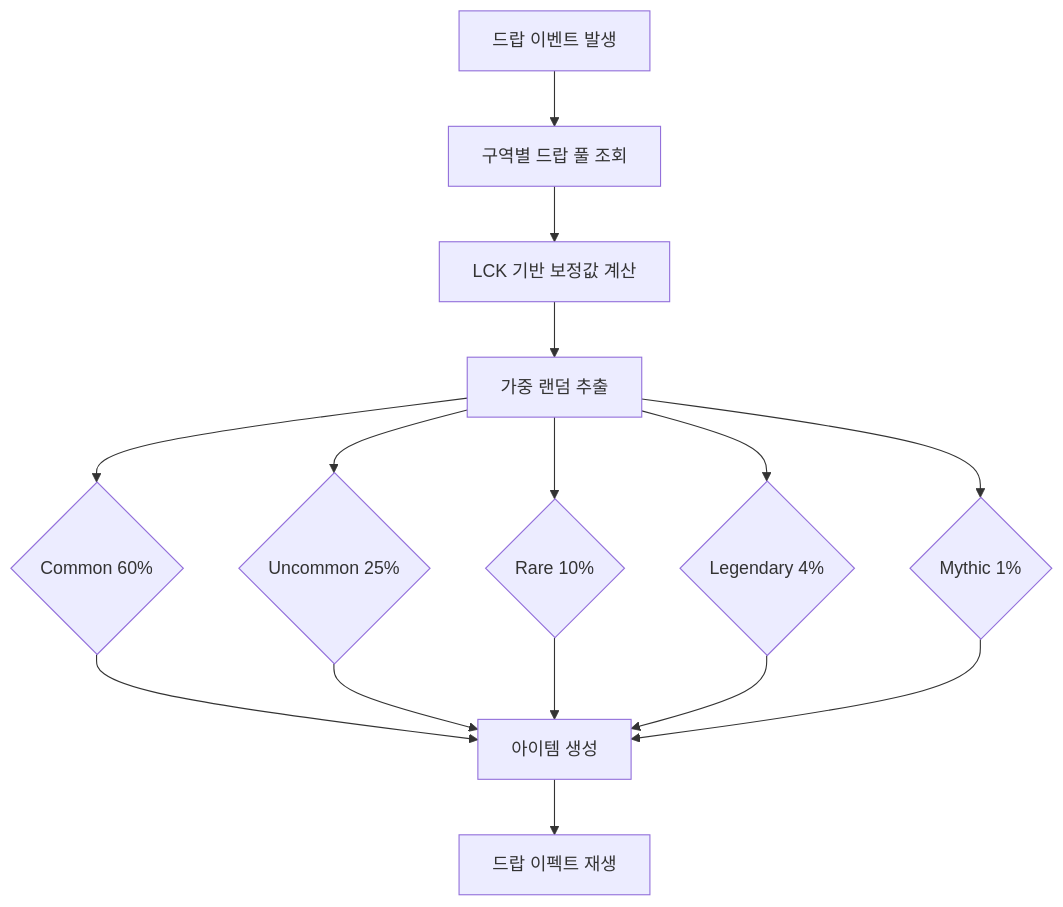
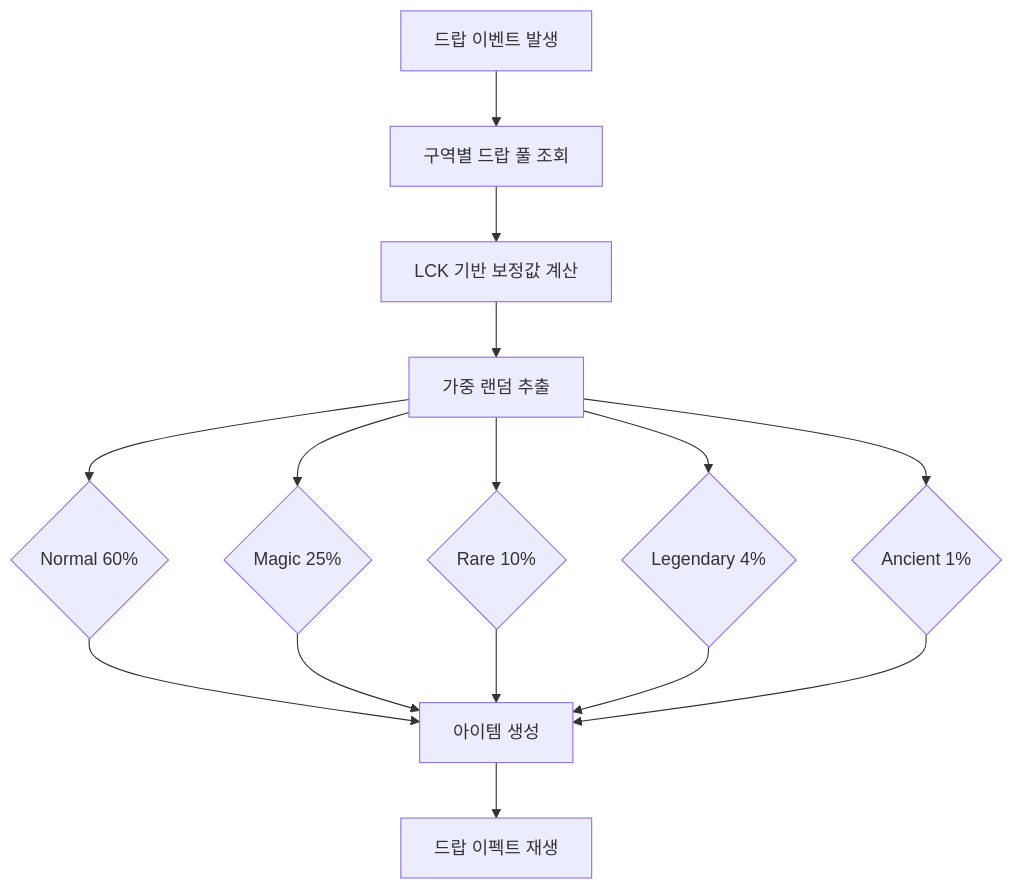
One commit to Biskraft/ProjectAbyss changed the first of 2 diagrams in Documents/System/System_Equipment_Rarity.md. Above: the diagram before and after it, drawn with Mermaid. The commit also changed other lines of this file and 21 other files, not shown here.

First line of the commit message:
refactor: adopt Diablo-style rarity system (Normal/Magic/Rare/Legendary/Ancient)

````diff
--- a/Documents/System/System_Equipment_Rarity.md
+++ b/Documents/System/System_Equipment_Rarity.md
@@ -130,17 +135,17 @@
 ```mermaid
 graph TD
     DROP[드랍 이벤트 발생] --> ZONE[구역별 드랍 풀 조회]
     ZONE --> LCK[LCK 기반 보정값 계산]
     LCK --> ROLL[가중 랜덤 추출]
-    ROLL --> C{Common 60%}
-    ROLL --> U{Uncommon 25%}
+    ROLL --> N{Normal 60%}
+    ROLL --> MG{Magic 25%}
     ROLL --> R{Rare 10%}
     ROLL --> L{Legendary 4%}
-    ROLL --> M{Mythic 1%}
-    C --> ITEM[아이템 생성]
-    U --> ITEM
+    ROLL --> A{Ancient 1%}
+    N --> ITEM[아이템 생성]
+    MG --> ITEM
     R --> ITEM
     L --> ITEM
-    M --> ITEM
+    A --> ITEM
     ITEM --> FX[드랍 이펙트 재생]
 ```
````
